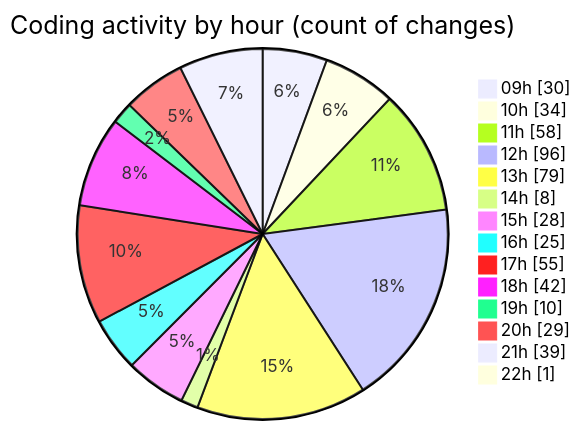
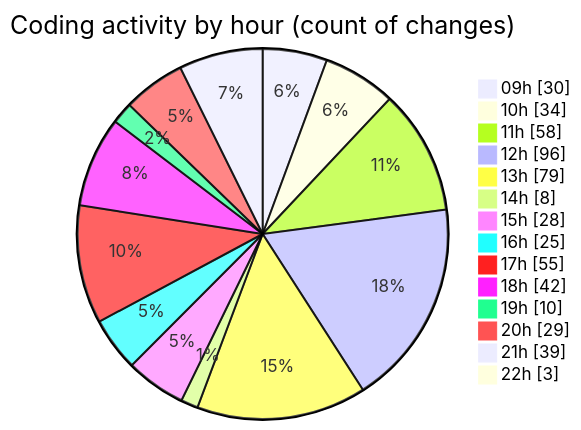
One commit to momahboobian/code-tracking changed the second of 2 diagrams in 2025-04-02/cda/README.md. Above: the diagram before and after it, drawn with Mermaid. The commit also changed other lines of this file and 1 other file, not shown here.

````diff
--- a/2025-04-02/cda/README.md
+++ b/2025-04-02/cda/README.md
@@ -40,18 +40,18 @@
 ```mermaid
 pie showData
 title Coding activity by hour (count of changes)
 "09h" : 30
 "10h" : 34
 "11h" : 58
 "12h" : 96
 "13h" : 79
 "14h" : 8
 "15h" : 28
 "16h" : 25
 "17h" : 55
 "18h" : 42
 "19h" : 10
 "20h" : 29
 "21h" : 39
-"22h" : 1
+"22h" : 3
 ```
````
